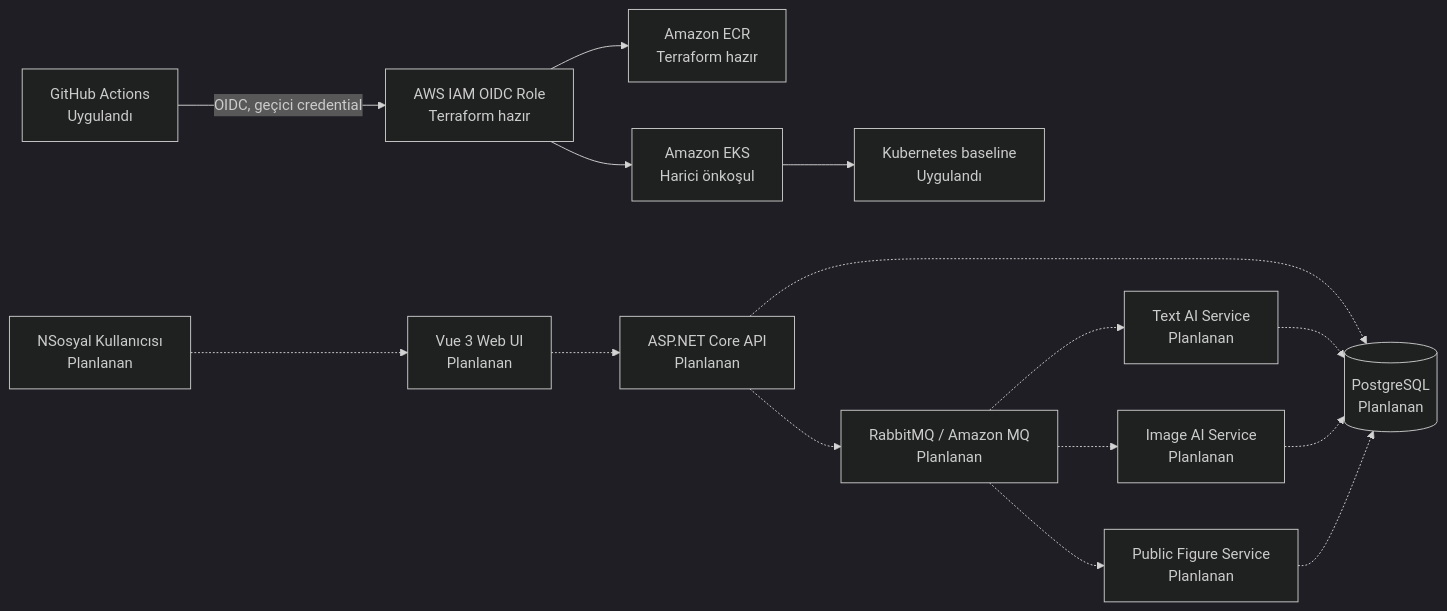
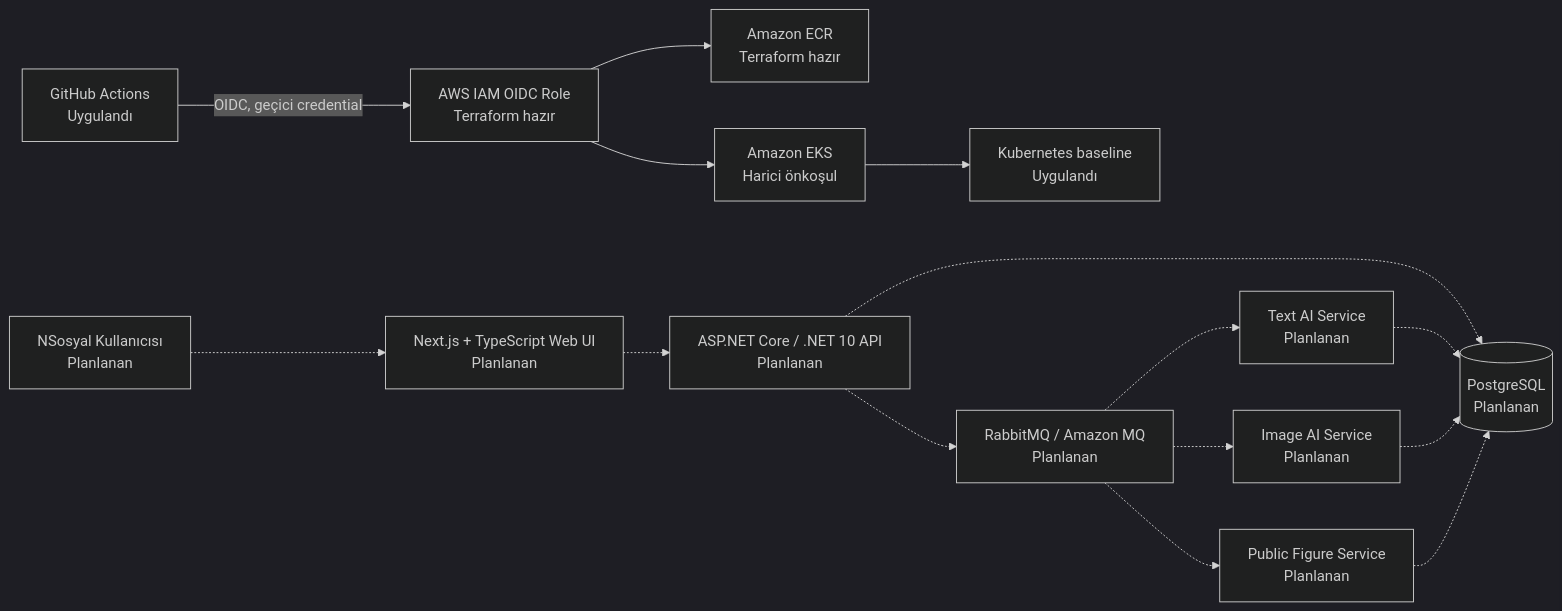
One commit to NKBora/n-guven changed the first of 3 diagrams in README.md. Above: the diagram before and after it, drawn with Mermaid (dark theme). The commit also changed other lines of this file, not shown here.

Commit message:
docs(architecture): align target stack with Next.js and .NET 10

````diff
--- a/README.md
+++ b/README.md
@@ -76,33 +76,33 @@
 ```mermaid
 flowchart LR
     GH[GitHub Actions\nUygulandı]
     IAM[AWS IAM OIDC Role\nTerraform hazır]
     ECR[Amazon ECR\nTerraform hazır]
     EKS[Amazon EKS\nHarici önkoşul]
     K8S[Kubernetes baseline\nUygulandı]
 
     U[NSosyal Kullanıcısı\nPlanlanan]
-    UI[Vue 3 Web UI\nPlanlanan]
-    API[ASP.NET Core API\nPlanlanan]
+    UI[Next.js + TypeScript Web UI\nPlanlanan]
+    API[ASP.NET Core / .NET 10 API\nPlanlanan]
     DB[(PostgreSQL\nPlanlanan)]
     MQ[RabbitMQ / Amazon MQ\nPlanlanan]
     TXT[Text AI Service\nPlanlanan]
     IMG[Image AI Service\nPlanlanan]
     PF[Public Figure Service\nPlanlanan]
 
     GH -->|OIDC, geçici credential| IAM
     IAM --> ECR
     IAM --> EKS
     EKS --> K8S
 
     U -.-> UI
     UI -.-> API
     API -.-> DB
     API -.-> MQ
     MQ -.-> TXT
     MQ -.-> IMG
     MQ -.-> PF
     TXT -.-> DB
     IMG -.-> DB
     PF -.-> DB
 ```
````
